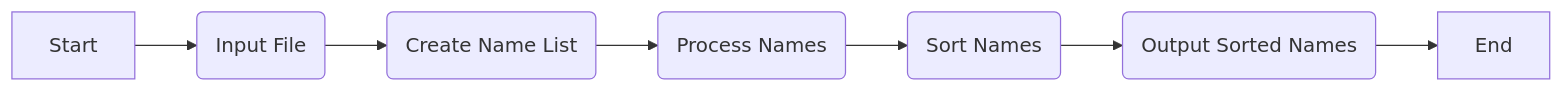
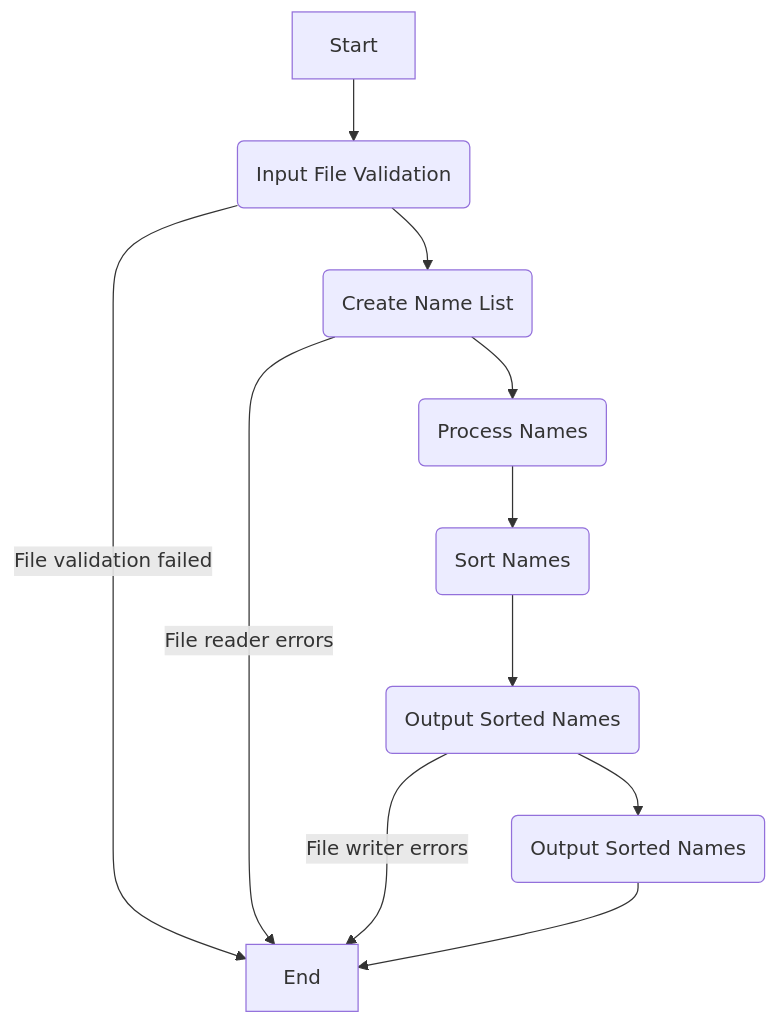
Before and after one commit to macDad/GlobalX-Coding-Assessment: the second of 2 diagrams in README.md, drawn with Mermaid. The commit also changed other lines of this file and 1 other file, not shown here.

Commit message:
Documentation update - diagrams

````diff
--- a/README.md
+++ b/README.md
@@ -105,9 +105,13 @@
 ```mermaid
-graph LR
-    A[Start] --> B(Input File)
+graph TD
+    A[Start] --> B(Input File Validation)
+    B -->|File validation failed| H[End]
     B --> C(Create Name List)
+    C -->|File reader errors| H
     C --> D(Process Names)
     D --> E(Sort Names)
     E --> F(Output Sorted Names)
-    F --> G[End]
+    F -->|File writer errors| H
+    F --> G(Output Sorted Names)
+    G --> H
 ```
````
